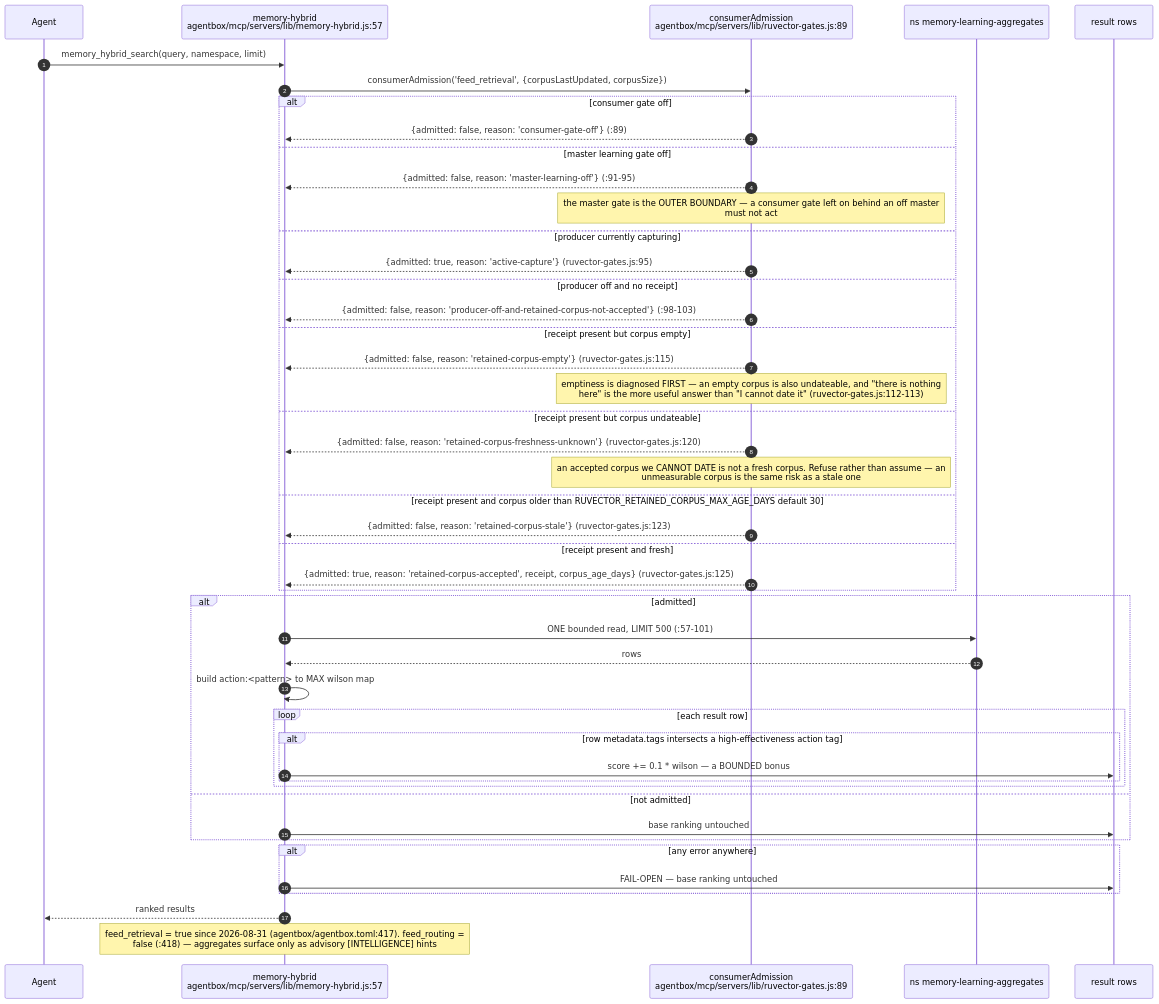
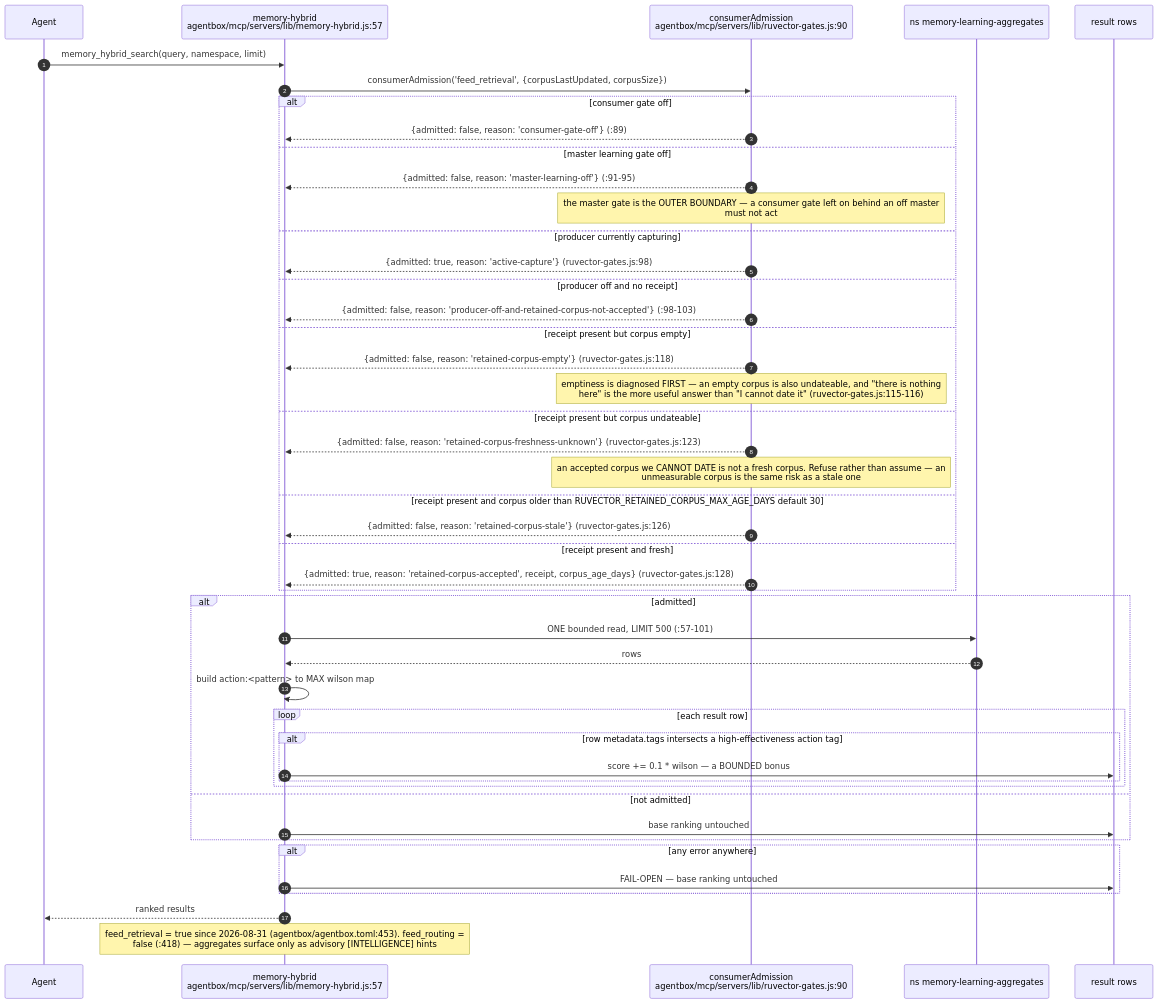
The sixth of 10 diagrams in docs/diagrams/agentbox/21-learning-loop.md (DreamLab-AI/VisionFlow), drawn with Mermaid before and after one commit. The commit also changed other lines of this file and 28 other files, not shown here.

````diff
--- a/docs/diagrams/agentbox/21-learning-loop.md
+++ b/docs/diagrams/agentbox/21-learning-loop.md
@@ -245,49 +245,49 @@
 ```mermaid
 sequenceDiagram
     autonumber
     participant AG as Agent
     participant HY as memory-hybrid<br/>agentbox/mcp/servers/lib/memory-hybrid.js:57
-    participant ADM as consumerAdmission<br/>agentbox/mcp/servers/lib/ruvector-gates.js:89
+    participant ADM as consumerAdmission<br/>agentbox/mcp/servers/lib/ruvector-gates.js:90
     participant AGG as ns memory-learning-aggregates
     participant RES as result rows
 
     AG->>HY: memory_hybrid_search(query, namespace, limit)
     HY->>ADM: consumerAdmission('feed_retrieval', {corpusLastUpdated, corpusSize})
     alt consumer gate off
         ADM-->>HY: {admitted: false, reason: 'consumer-gate-off'} (:89)
     else master learning gate off
         ADM-->>HY: {admitted: false, reason: 'master-learning-off'} (:91-95)
         Note over ADM: the master gate is the OUTER BOUNDARY — a consumer gate left on behind an off master<br/>must not act
     else producer currently capturing
-        ADM-->>HY: {admitted: true, reason: 'active-capture'} (ruvector-gates.js:95)
+        ADM-->>HY: {admitted: true, reason: 'active-capture'} (ruvector-gates.js:98)
     else producer off and no receipt
         ADM-->>HY: {admitted: false, reason: 'producer-off-and-retained-corpus-not-accepted'} (:98-103)
     else receipt present but corpus empty
-        ADM-->>HY: {admitted: false, reason: 'retained-corpus-empty'} (ruvector-gates.js:115)
-        Note over ADM: emptiness is diagnosed FIRST — an empty corpus is also undateable, and "there is nothing<br/>here" is the more useful answer than "I cannot date it" (ruvector-gates.js:112-113)
+        ADM-->>HY: {admitted: false, reason: 'retained-corpus-empty'} (ruvector-gates.js:118)
+        Note over ADM: emptiness is diagnosed FIRST — an empty corpus is also undateable, and "there is nothing<br/>here" is the more useful answer than "I cannot date it" (ruvector-gates.js:115-116)
     else receipt present but corpus undateable
-        ADM-->>HY: {admitted: false, reason: 'retained-corpus-freshness-unknown'} (ruvector-gates.js:120)
+        ADM-->>HY: {admitted: false, reason: 'retained-corpus-freshness-unknown'} (ruvector-gates.js:123)
         Note over ADM: an accepted corpus we CANNOT DATE is not a fresh corpus. Refuse rather than assume — an<br/>unmeasurable corpus is the same risk as a stale one
     else receipt present and corpus older than RUVECTOR_RETAINED_CORPUS_MAX_AGE_DAYS default 30
-        ADM-->>HY: {admitted: false, reason: 'retained-corpus-stale'} (ruvector-gates.js:123)
+        ADM-->>HY: {admitted: false, reason: 'retained-corpus-stale'} (ruvector-gates.js:126)
     else receipt present and fresh
-        ADM-->>HY: {admitted: true, reason: 'retained-corpus-accepted', receipt, corpus_age_days} (ruvector-gates.js:125)
+        ADM-->>HY: {admitted: true, reason: 'retained-corpus-accepted', receipt, corpus_age_days} (ruvector-gates.js:128)
     end
     alt admitted
         HY->>AGG: ONE bounded read, LIMIT 500 (:57-101)
         AGG-->>HY: rows
         HY->>HY: build action:<pattern> to MAX wilson map
         loop each result row
             alt row metadata.tags intersects a high-effectiveness action tag
                 HY->>RES: score += 0.1 * wilson — a BOUNDED bonus
             end
         end
     else not admitted
         HY->>RES: base ranking untouched
     end
     alt any error anywhere
         HY->>RES: FAIL-OPEN — base ranking untouched
     end
     HY-->>AG: ranked results
-    Note over HY: feed_retrieval = true since 2026-08-31 (agentbox/agentbox.toml:417). feed_routing =<br/>false (:418) — aggregates surface only as advisory [INTELLIGENCE] hints
+    Note over HY: feed_retrieval = true since 2026-08-31 (agentbox/agentbox.toml:453). feed_routing =<br/>false (:418) — aggregates surface only as advisory [INTELLIGENCE] hints
 ```
````
